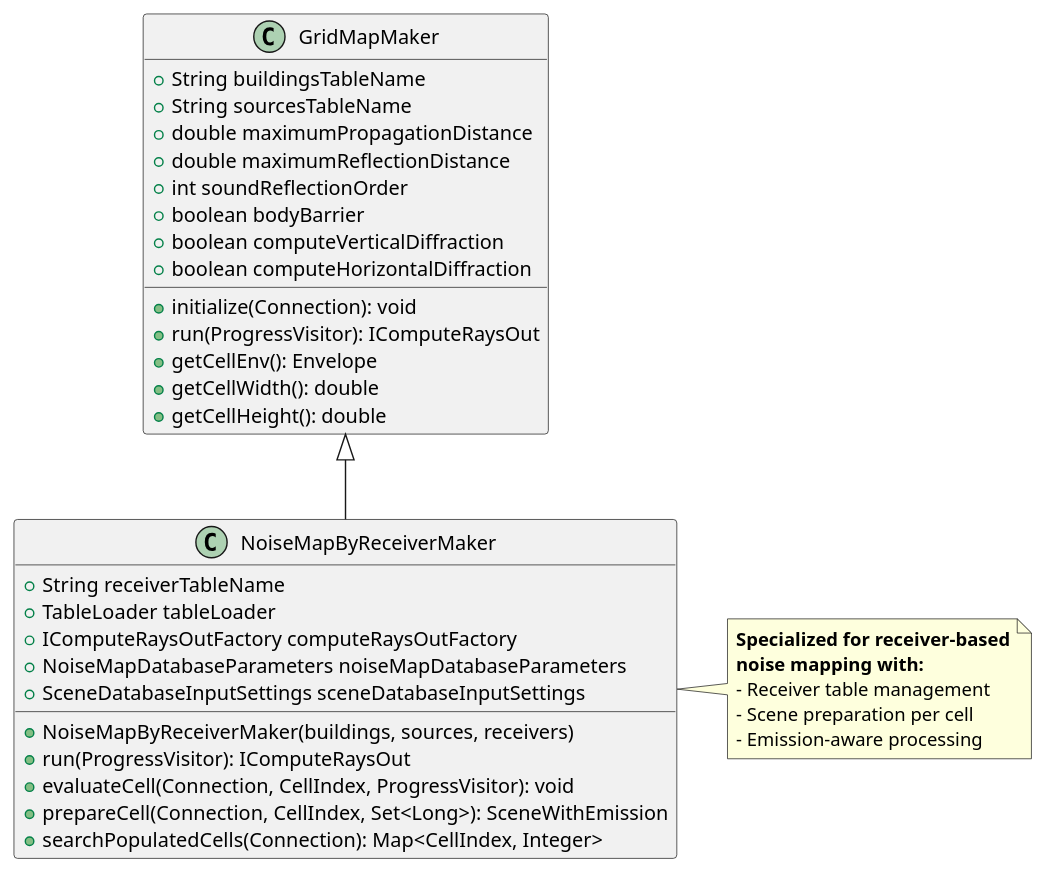
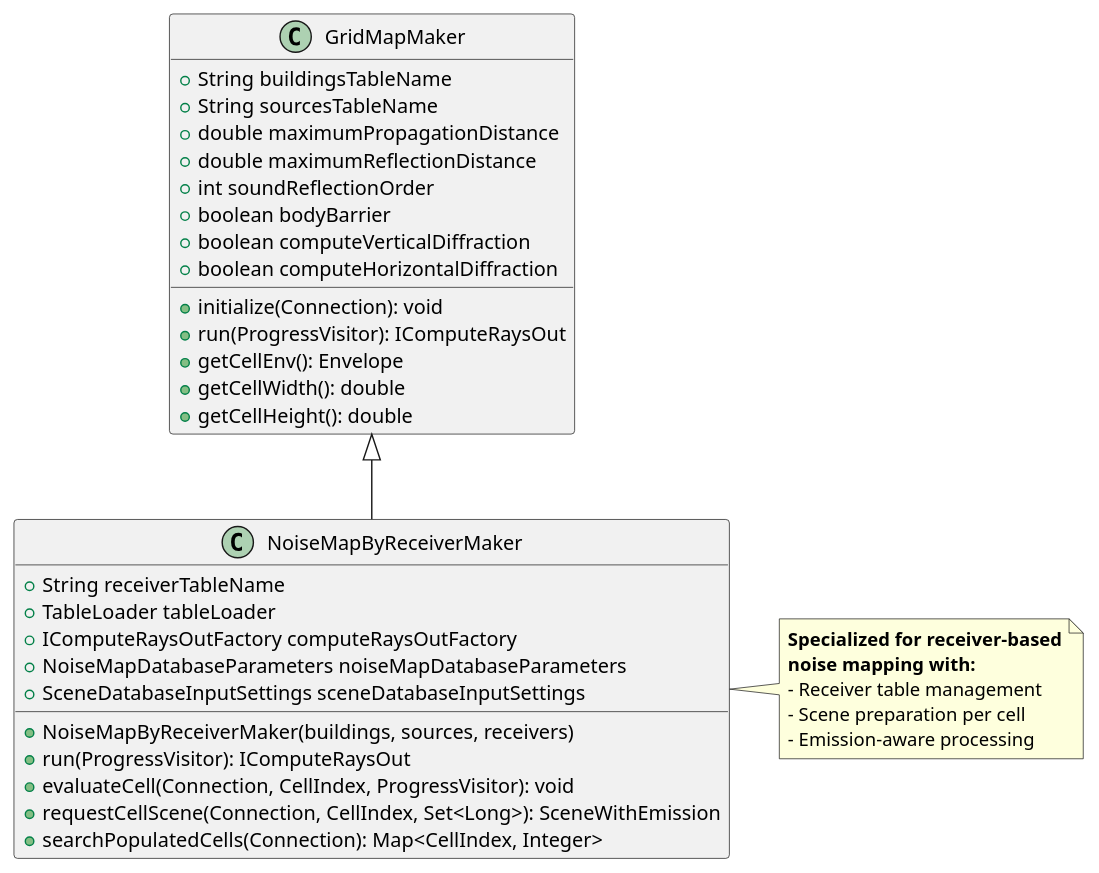
The first of 6 diagrams in Docs-dev/noisemapbyreceivermaker_algorithms.md (jtagusari/NoiseModelling), drawn with PlantUML before and after one commit. The commit also changed other lines of this file and 12 other files, not shown here.

````diff
--- a/Docs-dev/noisemapbyreceivermaker_algorithms.md
+++ b/Docs-dev/noisemapbyreceivermaker_algorithms.md
@@ -43,43 +43,43 @@
 ```plantuml
 @startuml
 class GridMapMaker {
   + String buildingsTableName
   + String sourcesTableName
   + double maximumPropagationDistance
   + double maximumReflectionDistance
   + int soundReflectionOrder
   + boolean bodyBarrier
   + boolean computeVerticalDiffraction
   + boolean computeHorizontalDiffraction
   
   + initialize(Connection): void
   + run(ProgressVisitor): IComputeRaysOut
   + getCellEnv(): Envelope
   + getCellWidth(): double
   + getCellHeight(): double
 }
 
 class NoiseMapByReceiverMaker extends GridMapMaker {
   + String receiverTableName
   + TableLoader tableLoader
   + IComputeRaysOutFactory computeRaysOutFactory
   + NoiseMapDatabaseParameters noiseMapDatabaseParameters
   + SceneDatabaseInputSettings sceneDatabaseInputSettings
   
   + NoiseMapByReceiverMaker(buildings, sources, receivers)
   + run(ProgressVisitor): IComputeRaysOut
   + evaluateCell(Connection, CellIndex, ProgressVisitor): void
-  + prepareCell(Connection, CellIndex, Set<Long>): SceneWithEmission
+  + requestCellScene(Connection, CellIndex, Set<Long>): SceneWithEmission
   + searchPopulatedCells(Connection): Map<CellIndex, Integer>
 }
 
 
 note right of NoiseMapByReceiverMaker
   **Specialized for receiver-based**
   **noise mapping with:**
   - Receiver table management
   - Scene preparation per cell
   - Emission-aware processing
 end note
 @enduml
 ```
````
